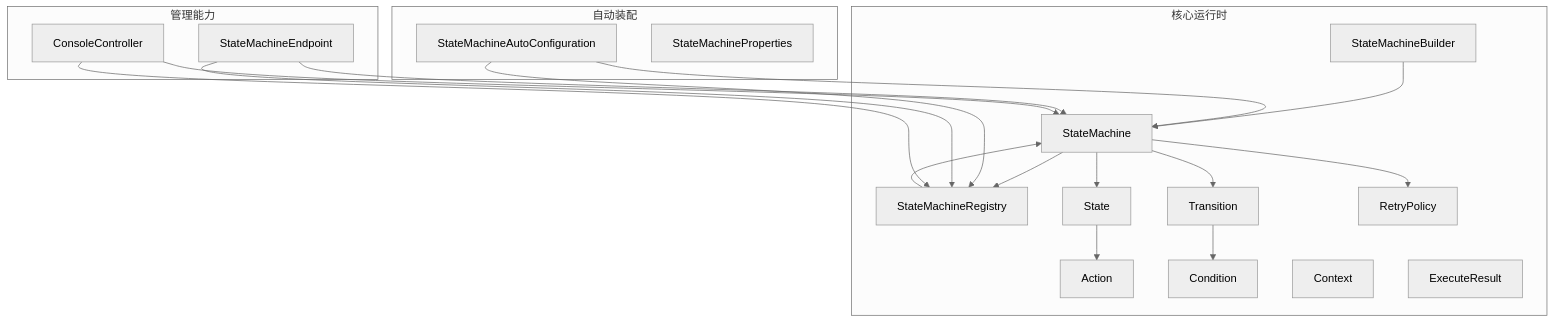
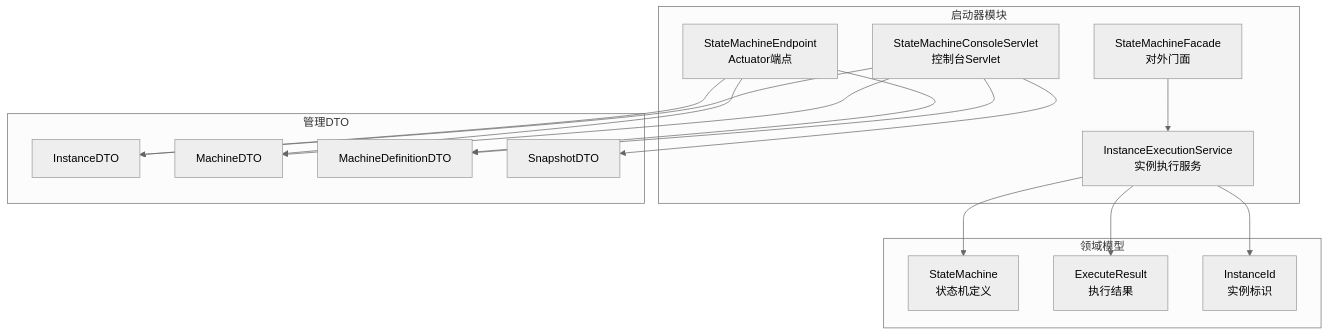
One commit to xiaoche80s-tech/state-machine-parent changed the first of 6 diagrams in .qoder/repowiki/zh/content/API参考/API参考.md. Above: the diagram before and after it, drawn with Mermaid (neutral theme). The commit also changed other lines of this file and 97 other files, not shown here.

````diff
--- a/.qoder/repowiki/zh/content/API参考/API参考.md
+++ b/.qoder/repowiki/zh/content/API参考/API参考.md
@@ -42,37 +45,31 @@
 ```mermaid
 graph TB
-subgraph "核心运行时"
-SM["StateMachine"]
-SMB["StateMachineBuilder"]
-REG["StateMachineRegistry"]
-ACT["Action"]
-COND["Condition"]
-ST["State"]
-TR["Transition"]
-RP["RetryPolicy"]
-CTX["Context"]
-ER["ExecuteResult"]
+subgraph "启动器模块"
+A["StateMachineFacade<br/>对外门面"]
+B["InstanceExecutionService<br/>实例执行服务"]
+C["StateMachineEndpoint<br/>Actuator端点"]
+D["StateMachineConsoleServlet<br/>控制台Servlet"]
 end
-subgraph "自动装配"
-ACA["StateMachineAutoConfiguration"]
-PROP["StateMachineProperties"]
+subgraph "领域模型"
+E["StateMachine<br/>状态机定义"]
+F["ExecuteResult<br/>执行结果"]
+G["InstanceId<br/>实例标识"]
 end
-subgraph "管理能力"
-EP["StateMachineEndpoint"]
-CC["ConsoleController"]
+subgraph "管理DTO"
+H["InstanceDTO"]
+I["MachineDTO"]
+J["MachineDefinitionDTO"]
+K["SnapshotDTO"]
 end
-SMB --> SM
-SM --> REG
-SM --> RP
-SM --> ST
-SM --> TR
-ST --> ACT
-TR --> COND
-REG --> SM
-ACA --> REG
-ACA --> SM
-EP --> REG
-CC --> REG
-EP --> SM
-CC --> SM
+A --> B
+B --> E
+B --> F
+B --> G
+C --> H
+C --> I
+C --> J
+D --> H
+D --> I
+D --> J
+D --> K
 ```
````
